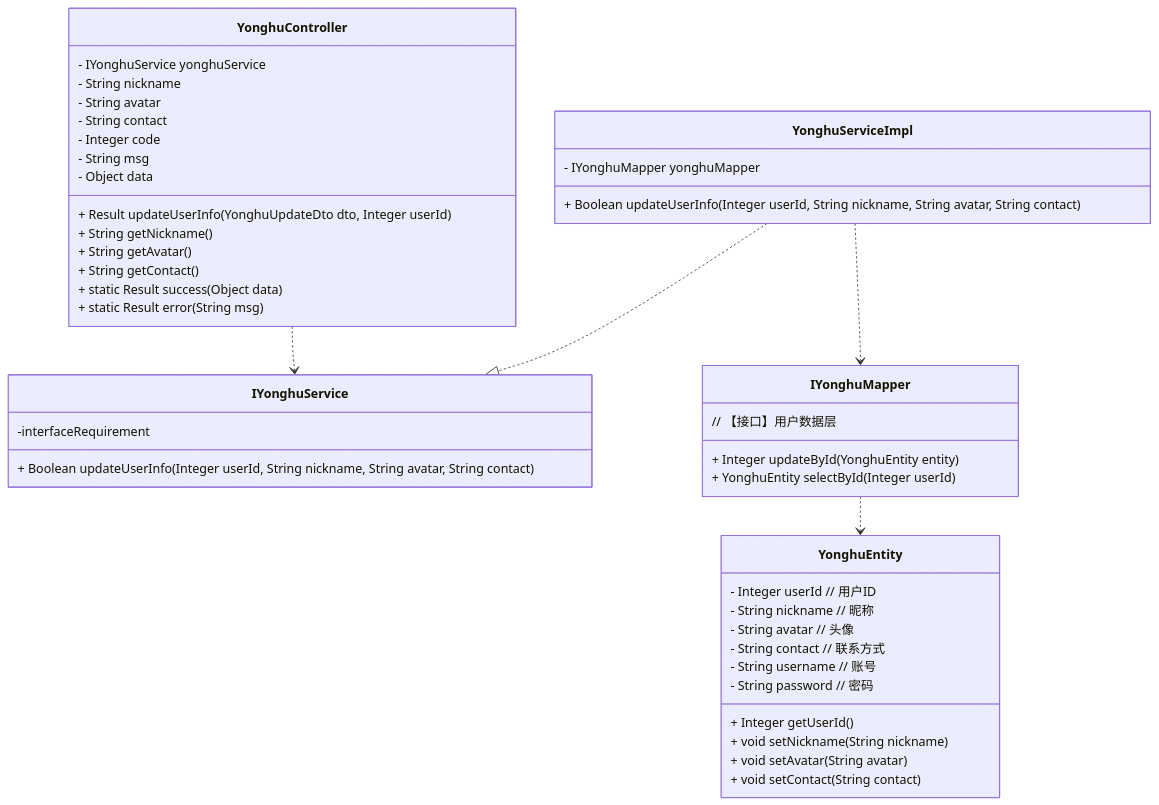
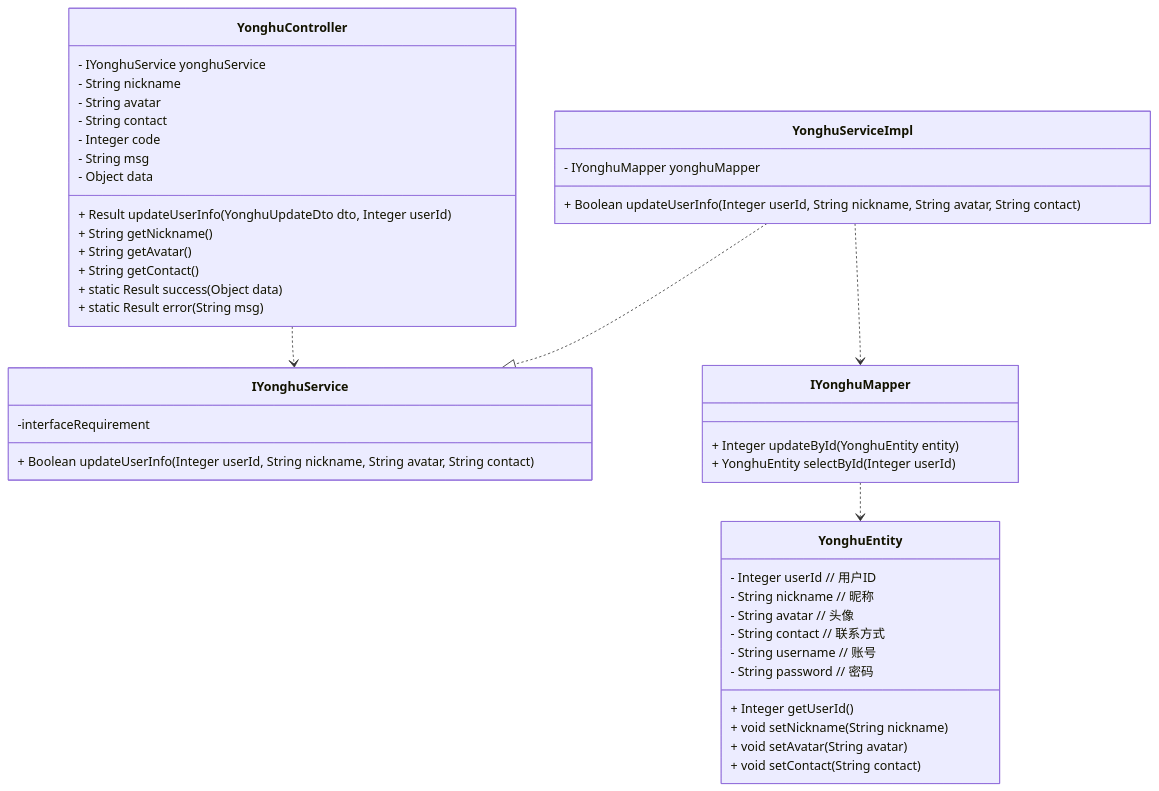
Before and after one commit to DEbalanceUX/iodraw-files: the diagram in all/未命名-6.md, drawn with Mermaid.

Commit message:
2025-12-26 03:47:16 update

````diff
--- a/all/未命名-6.md
+++ b/all/未命名-6.md
@@ -1,64 +1,64 @@
 ```mermaid
 classDiagram
     %% 关系定义（仅用Class+implements）
     YonghuServiceImpl ..|> IYonghuService : 
     YonghuController ..> IYonghuService : 
     YonghuServiceImpl ..> IYonghuMapper : 
     IYonghuMapper ..> YonghuEntity : 
 
     %% Controller层
     class YonghuController {
         - IYonghuService yonghuService
         + Result updateUserInfo(YonghuUpdateDto dto, Integer userId)
         
         
             - String nickname      
             - String avatar         
             - String contact        
             + String getNickname()
             + String getAvatar()
             + String getContact()
         
         
     
             - Integer code
             - String msg      
             - Object data   
             + static Result success(Object data)
             + static Result error(String msg)
         
     }
 
     %% Service接口（伪装为Class，注释说明是接口）
     class IYonghuService {
         -interfaceRequirement
         + Boolean updateUserInfo(Integer userId, String nickname, String avatar, String contact)
     }
 
     %% Service实现类
     class YonghuServiceImpl {
         - IYonghuMapper yonghuMapper
         + Boolean updateUserInfo(Integer userId, String nickname, String avatar, String contact)
     }
 
     %% Mapper接口（伪装为Class，注释说明是接口）
     class IYonghuMapper {
-        // 【接口】用户数据层
+        
         + Integer updateById(YonghuEntity entity)
         + YonghuEntity selectById(Integer userId)
     }
 
     %% Entity层
     class YonghuEntity {
         - Integer userId        // 用户ID
         - String nickname       // 昵称
         - String avatar         // 头像
         - String contact        // 联系方式
         - String username       // 账号
         - String password       // 密码
         + Integer getUserId()
         + void setNickname(String nickname)
         + void setAvatar(String avatar)
         + void setContact(String contact)
     }
 ```
````
